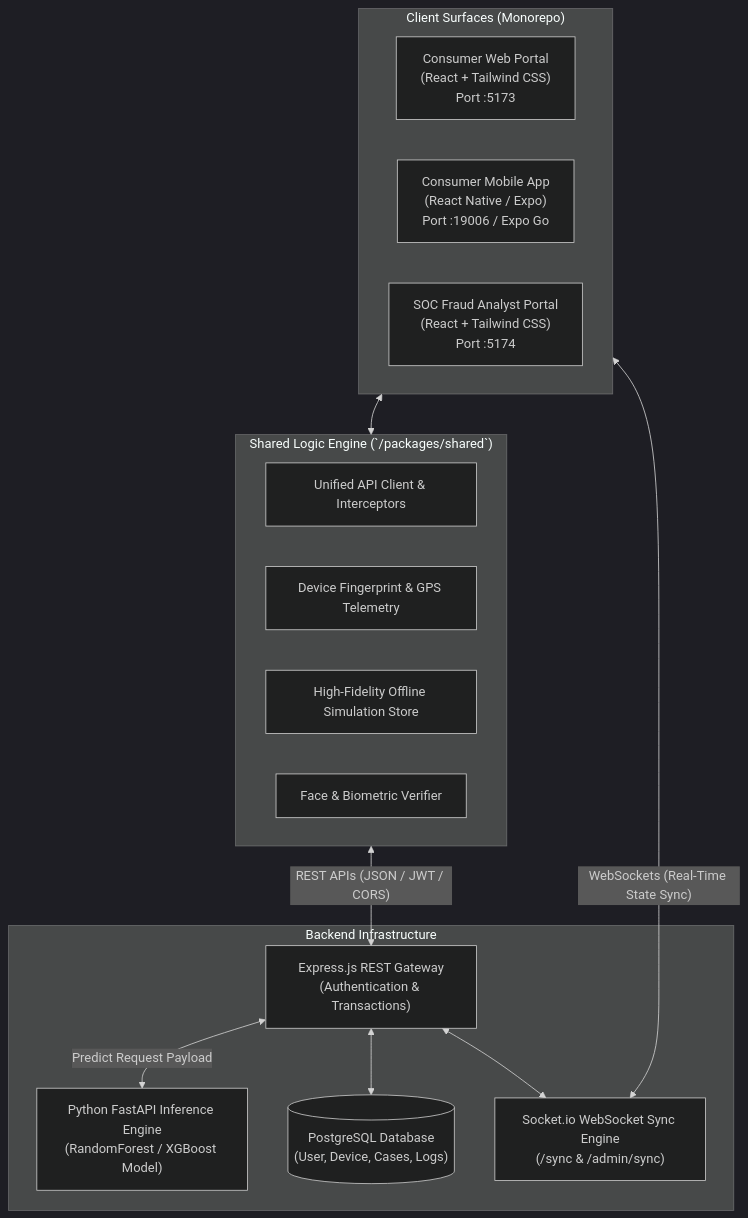
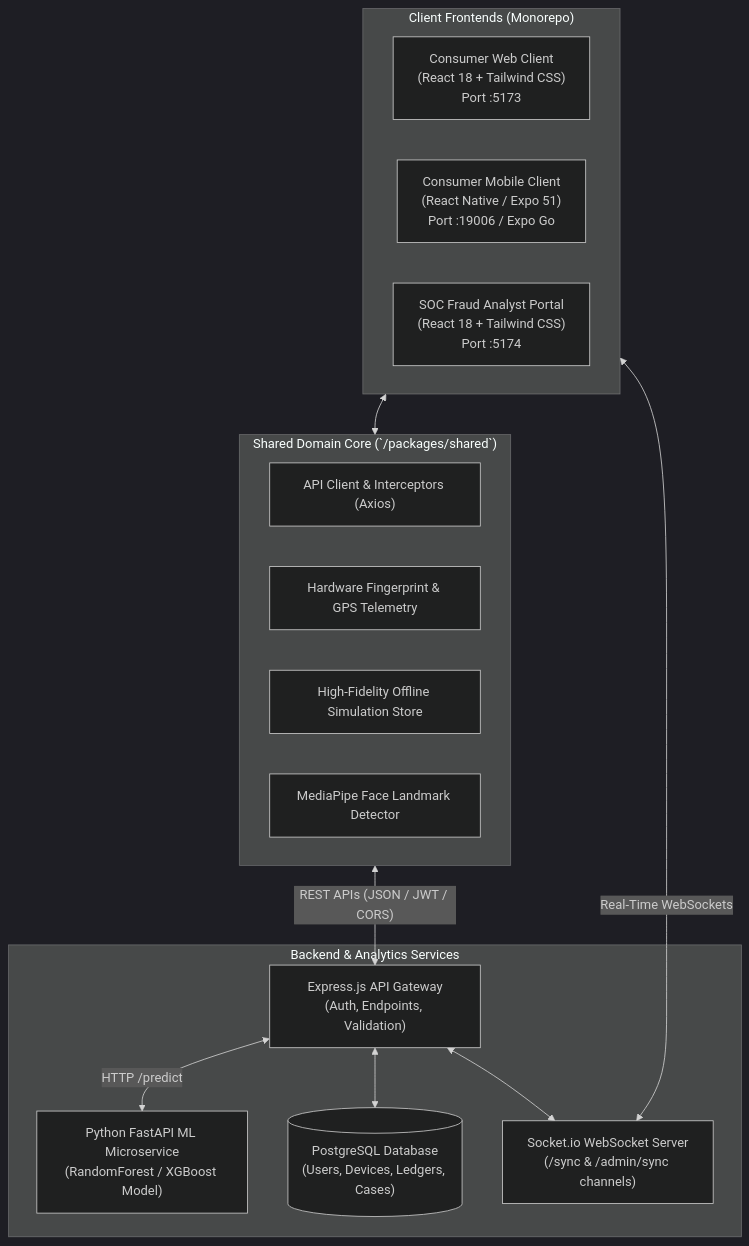
Before and after one commit to heyywillz/Simulated-Mobile-Money-App-Frontend: the first of 5 diagrams in README.md, drawn with Mermaid (dark theme). The commit also changed other lines of this file, not shown here.

Commit message:
Enhance academic README with mathematical formulations, flowcharts, and research paper documentation

````diff
--- a/README.md
+++ b/README.md
@@ -94,30 +167,30 @@
 ```mermaid
 flowchart TB
-    subgraph ClientSurfaces["Client Surfaces (Monorepo)"]
-        WebClient["Consumer Web Portal<br/>(React + Tailwind CSS)<br/>Port :5173"]
-        MobileClient["Consumer Mobile App<br/>(React Native / Expo)<br/>Port :19006 / Expo Go"]
-        AdminPortal["SOC Fraud Analyst Portal<br/>(React + Tailwind CSS)<br/>Port :5174"]
+    subgraph ClientTier["Client Frontends (Monorepo)"]
+        Web["Consumer Web Client<br/>(React 18 + Tailwind CSS)<br/>Port :5173"]
+        Mobile["Consumer Mobile Client<br/>(React Native / Expo 51)<br/>Port :19006 / Expo Go"]
+        Admin["SOC Fraud Analyst Portal<br/>(React 18 + Tailwind CSS)<br/>Port :5174"]
     end
 
-    subgraph SharedCore["Shared Logic Engine (`/packages/shared`)"]
-        ClientAPI["Unified API Client & Interceptors"]
-        TelemetryEngine["Device Fingerprint & GPS Telemetry"]
+    subgraph CoreLayer["Shared Domain Core (`/packages/shared`)"]
+        APIClient["API Client & Interceptors (Axios)"]
+        Telemetry["Hardware Fingerprint & GPS Telemetry"]
         SimStore["High-Fidelity Offline Simulation Store"]
-        BiometricModule["Face & Biometric Verifier"]
+        VisionBiometrics["MediaPipe Face Landmark Detector"]
     end
 
-    subgraph BackendServices["Backend Infrastructure"]
-        APIGateway["Express.js REST Gateway<br/>(Authentication & Transactions)"]
-        FastAPIEngine["Python FastAPI Inference Engine<br/>(RandomForest / XGBoost Model)"]
-        SocketServer["Socket.io WebSocket Sync Engine<br/>(/sync & /admin/sync)"]
-        Database[("PostgreSQL Database<br/>(User, Device, Cases, Logs)")]
+    subgraph BackendTier["Backend & Analytics Services"]
+        Gateway["Express.js API Gateway<br/>(Auth, Endpoints, Validation)"]
+        SocketEngine["Socket.io WebSocket Server<br/>(/sync & /admin/sync channels)"]
+        MLEngine["Python FastAPI ML Microservice<br/>(RandomForest / XGBoost Model)"]
+        Postgres[("PostgreSQL Database<br/>(Users, Devices, Ledgers, Cases)")]
     end
 
-    ClientSurfaces <--> SharedCore
-    SharedCore <-->|"REST APIs (JSON / JWT / CORS)"| APIGateway
-    ClientSurfaces <-->|"WebSockets (Real-Time State Sync)"| SocketServer
+    ClientTier <--> CoreLayer
+    CoreLayer <-->|"REST APIs (JSON / JWT / CORS)"| Gateway
+    ClientTier <-->|"Real-Time WebSockets"| SocketEngine
 
-    APIGateway <-->|"Predict Request Payload"| FastAPIEngine
-    APIGateway <--> Database
-    APIGateway <--> SocketServer
+    Gateway <-->|"HTTP /predict"| MLEngine
+    Gateway <--> Postgres
+    Gateway <--> SocketEngine
 ```
````
